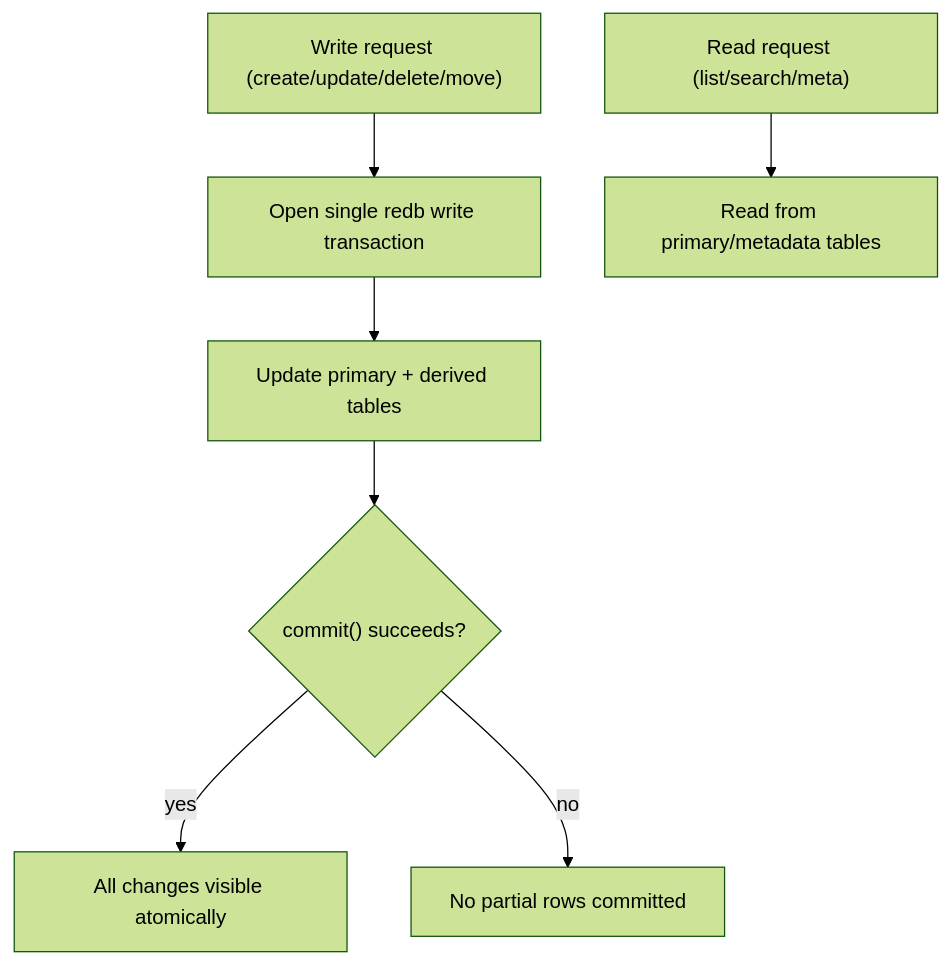
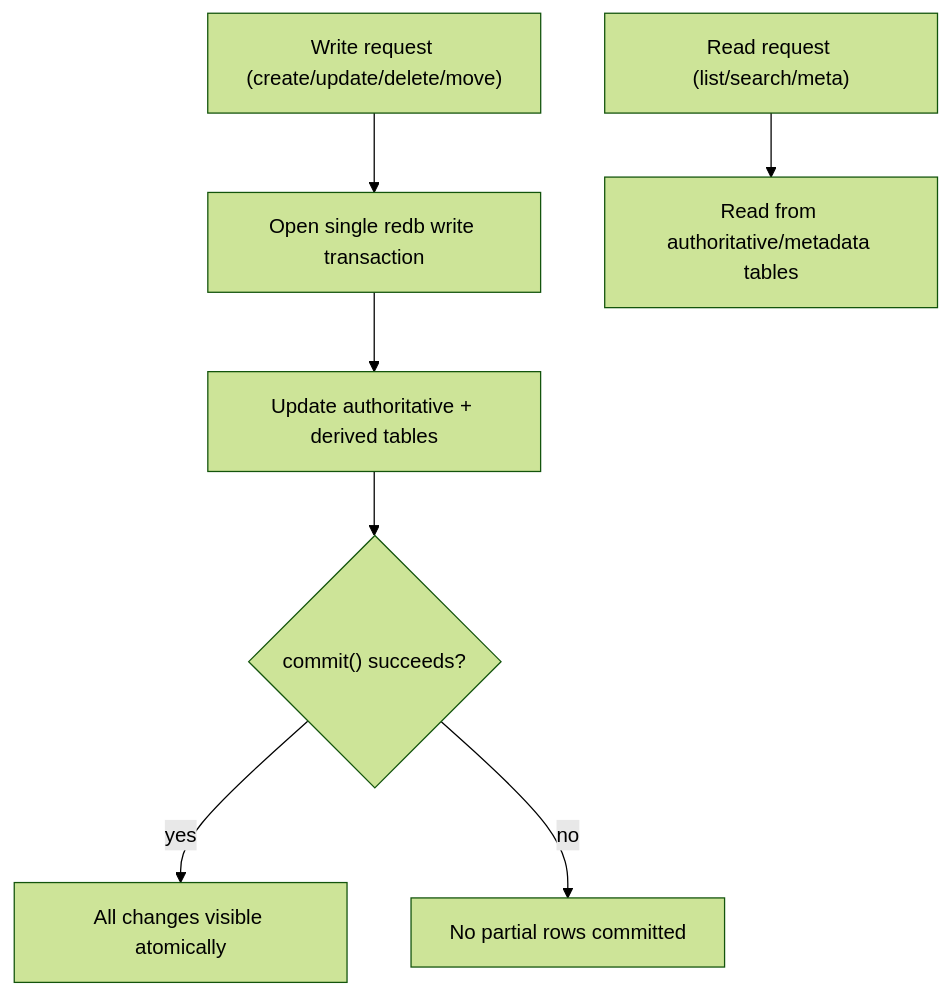
One commit to pszemraj/localpaste.rs changed the third of 4 diagrams in docs/architecture.md. Above: the diagram before and after it, drawn with Mermaid (forest theme). The commit also changed other lines of this file and 9 other files, not shown here.

````diff
--- a/docs/architecture.md
+++ b/docs/architecture.md
@@ -138,10 +138,10 @@
 ```mermaid
 flowchart TD
     W["Write request (create/update/delete/move)"] --> T["Open single redb write transaction"]
-    T --> C["Update primary + derived tables"]
+    T --> C["Update authoritative + derived tables"]
     C --> K{"commit() succeeds?"}
     K -- yes --> OK["All changes visible atomically"]
     K -- no --> ABORT["No partial rows committed"]
 
-    R["Read request (list/search/meta)"] --> I["Read from primary/metadata tables"]
+    R["Read request (list/search/meta)"] --> I["Read from authoritative/metadata tables"]
 ```
````
